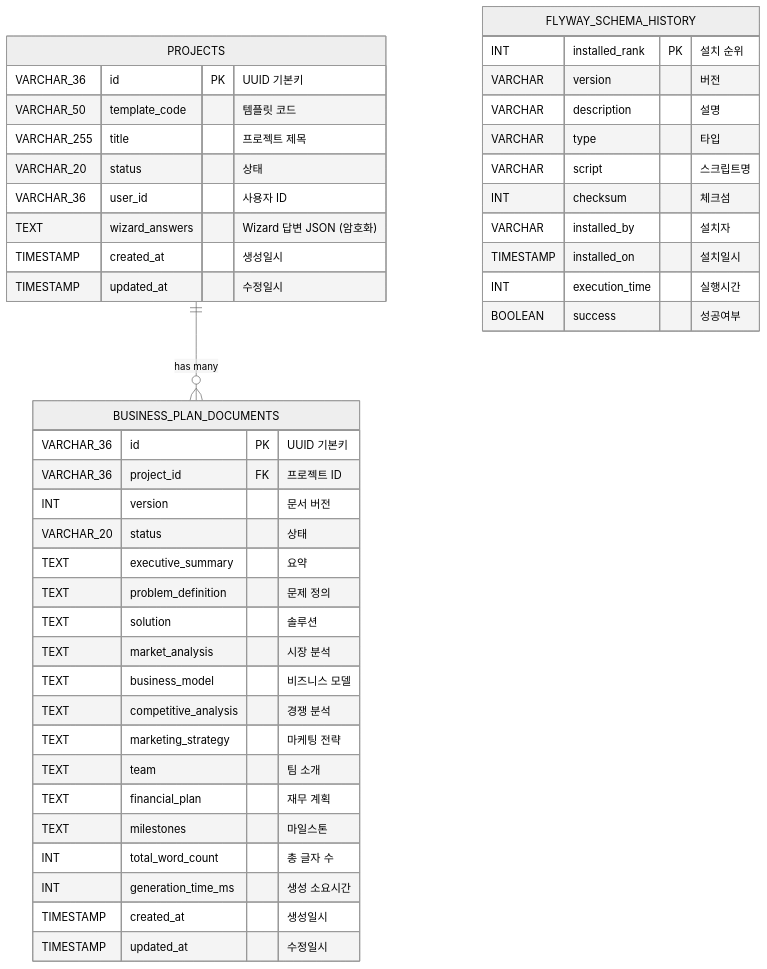
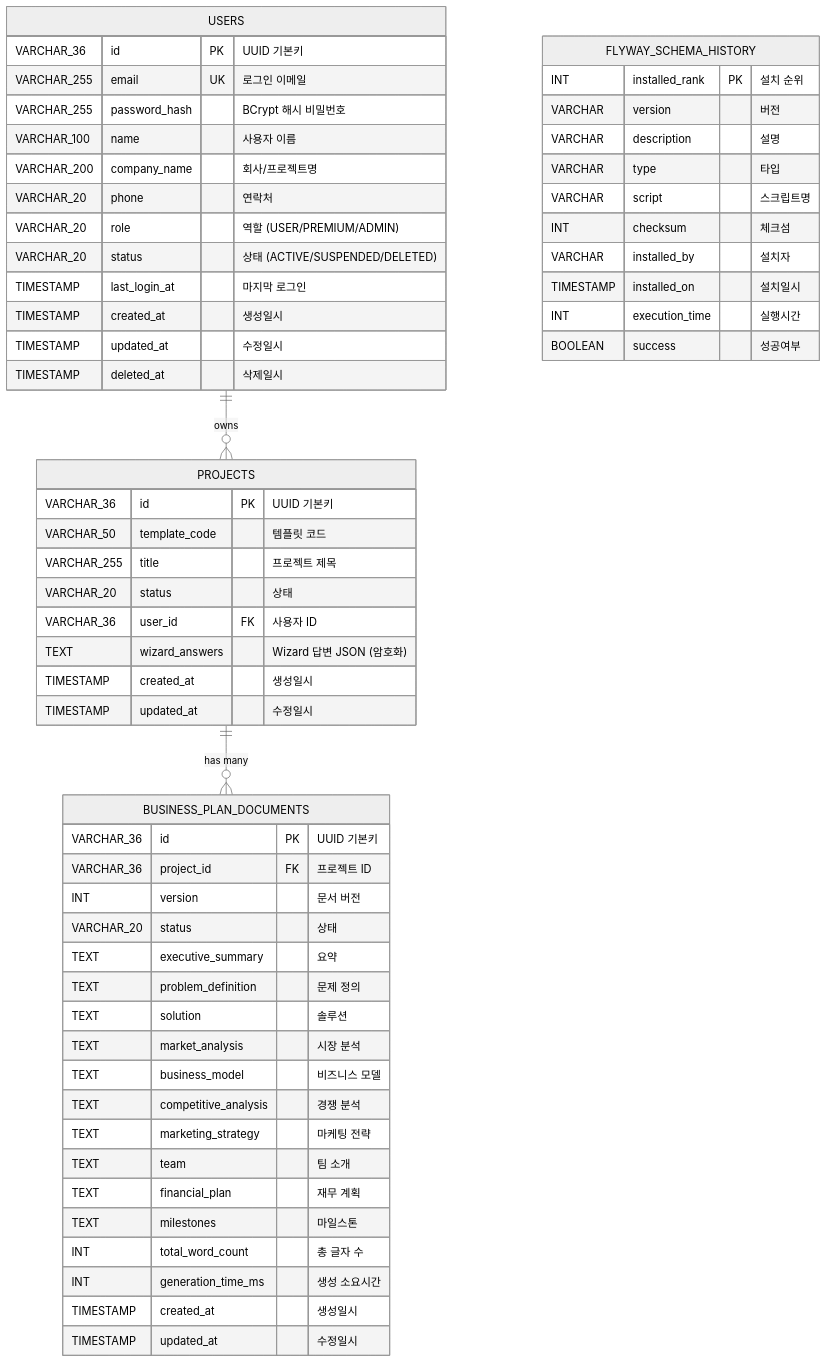
One commit to voom20/bizplan_be changed the diagram in docs/database-schema.md. Above: the diagram before and after it, drawn with Mermaid (neutral theme). The commit also changed other lines of this file and 4 other files, not shown here.

````diff
--- a/docs/database-schema.md
+++ b/docs/database-schema.md
@@ -7,55 +7,71 @@
 ```mermaid
 erDiagram
     %% ==========================================
     %% BizPlan Backend Database Schema
-    %% Version: 1.0 (Flyway V3)
+    %% Version: 1.1 (Flyway V4)
     %% ==========================================
+
+    USERS {
+        VARCHAR_36 id PK "UUID 기본키"
+        VARCHAR_255 email UK "로그인 이메일"
+        VARCHAR_255 password_hash "BCrypt 해시 비밀번호"
+        VARCHAR_100 name "사용자 이름"
+        VARCHAR_200 company_name "회사/프로젝트명"
+        VARCHAR_20 phone "연락처"
+        VARCHAR_20 role "역할 (USER/PREMIUM/ADMIN)"
+        VARCHAR_20 status "상태 (ACTIVE/SUSPENDED/DELETED)"
+        TIMESTAMP last_login_at "마지막 로그인"
+        TIMESTAMP created_at "생성일시"
+        TIMESTAMP updated_at "수정일시"
+        TIMESTAMP deleted_at "삭제일시"
+    }
 
     PROJECTS {
         VARCHAR_36 id PK "UUID 기본키"
         VARCHAR_50 template_code "템플릿 코드"
         VARCHAR_255 title "프로젝트 제목"
         VARCHAR_20 status "상태"
-        VARCHAR_36 user_id "사용자 ID"
+        VARCHAR_36 user_id FK "사용자 ID"
         TEXT wizard_answers "Wizard 답변 JSON (암호화)"
         TIMESTAMP created_at "생성일시"
         TIMESTAMP updated_at "수정일시"
     }
 
     BUSINESS_PLAN_DOCUMENTS {
         VARCHAR_36 id PK "UUID 기본키"
         VARCHAR_36 project_id FK "프로젝트 ID"
         INT version "문서 버전"
         VARCHAR_20 status "상태"
         TEXT executive_summary "요약"
         TEXT problem_definition "문제 정의"
         TEXT solution "솔루션"
         TEXT market_analysis "시장 분석"
         TEXT business_model "비즈니스 모델"
         TEXT competitive_analysis "경쟁 분석"
         TEXT marketing_strategy "마케팅 전략"
         TEXT team "팀 소개"
         TEXT financial_plan "재무 계획"
         TEXT milestones "마일스톤"
         INT total_word_count "총 글자 수"
         INT generation_time_ms "생성 소요시간"
         TIMESTAMP created_at "생성일시"
         TIMESTAMP updated_at "수정일시"
     }
 
     FLYWAY_SCHEMA_HISTORY {
         INT installed_rank PK "설치 순위"
         VARCHAR version "버전"
         VARCHAR description "설명"
         VARCHAR type "타입"
         VARCHAR script "스크립트명"
         INT checksum "체크섬"
         VARCHAR installed_by "설치자"
         TIMESTAMP installed_on "설치일시"
         INT execution_time "실행시간"
         BOOLEAN success "성공여부"
     }
 
     %% Relationships
+    USERS ||--o{ PROJECTS : "owns"
     PROJECTS ||--o{ BUSINESS_PLAN_DOCUMENTS : "has many"
 ```
````
